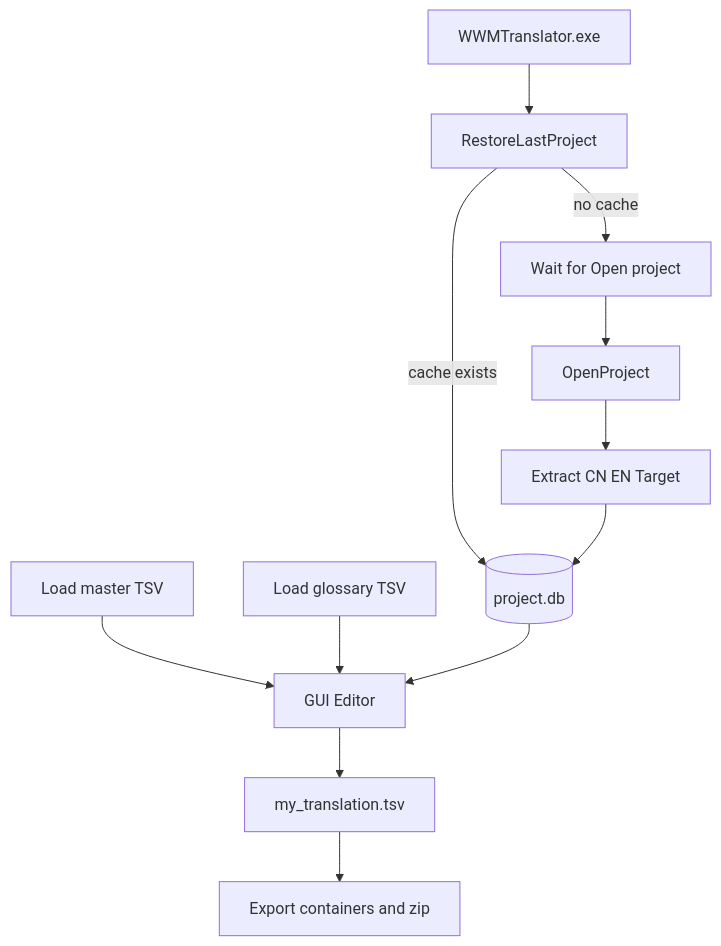
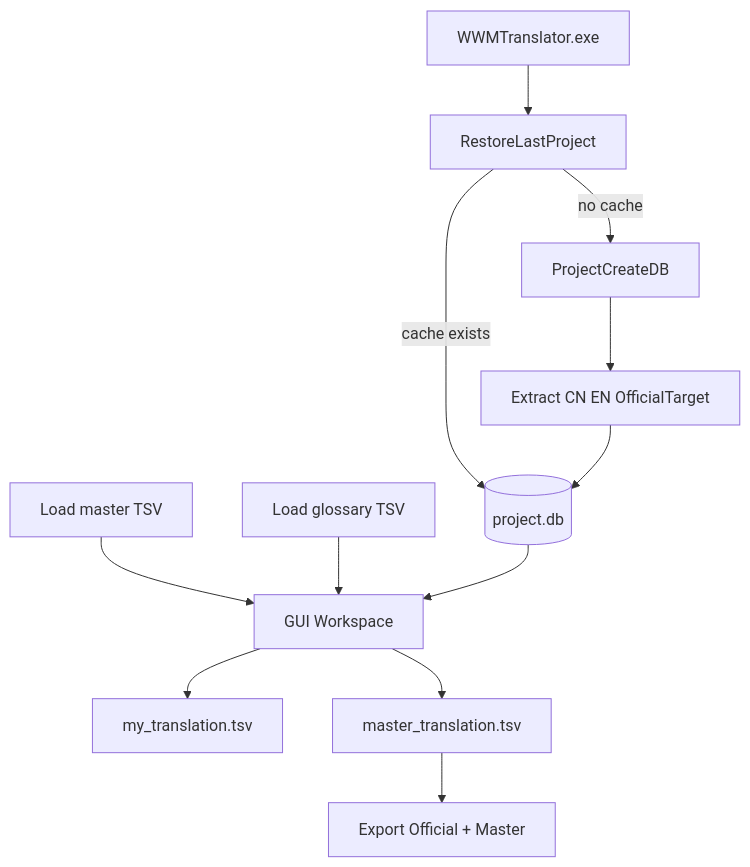
Before and after one commit to In1quity/wwm-translator: the diagram in docs/architecture.md, drawn with Mermaid. The commit also changed other lines of this file and 6 other files, not shown here.

````diff
--- a/docs/architecture.md
+++ b/docs/architecture.md
@@ -3,14 +5,14 @@
 ```mermaid
 flowchart TD
-  start[WWMTranslator.exe] --> restore[RestoreLastProject]
+  boot[WWMTranslator.exe] --> restore[RestoreLastProject]
   restore -->|"cache exists"| db[(project.db)]
-  restore -->|"no cache"| idle[Wait for Open project]
-  idle --> openProject[OpenProject]
-  openProject --> extractBase[Extract CN EN Target]
+  restore -->|"no cache"| openProject[ProjectCreateDB]
+  openProject --> extractBase[Extract CN EN OfficialTarget]
   extractBase --> db
-  loadMaster[Load master TSV] --> editor[GUI Editor]
+  loadMaster[Load master TSV] --> editor[GUI Workspace]
   loadGlossary[Load glossary TSV] --> editor
   db --> editor
-  editor --> myFile[my_translation.tsv]
-  myFile --> export[Export containers and zip]
+  editor --> mineFile[my_translation.tsv]
+  editor --> saveMaster[master_translation.tsv]
+  saveMaster --> exportBuild[Export Official + Master]
 ```
````
